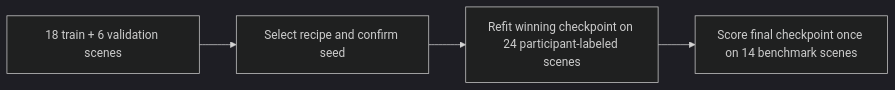
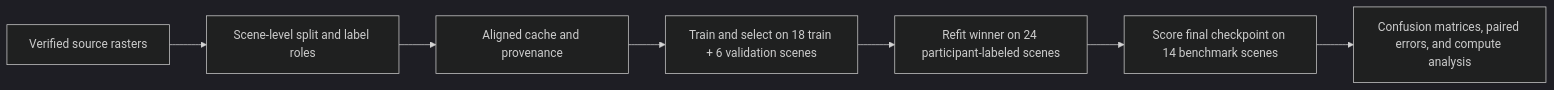
Before and after one commit to damminhtien/deepnet-for-semantic-labeling-photogrammetry: the diagram in README.md, drawn with Mermaid (dark theme). The commit also changed other lines of this file and 44 other files, not shown here.

````diff
--- a/README.md
+++ b/README.md
@@ -176,6 +44,9 @@
 ```mermaid
 flowchart LR
-    A[18 train + 6 validation scenes] --> B[Select recipe and confirm seed]
-    B --> C[Refit winning checkpoint on 24 participant-labeled scenes]
-    C --> D[Score final checkpoint once on 14 benchmark scenes]
+    A[Verified source rasters] --> B[Scene-level split and label roles]
+    B --> C[Aligned cache and provenance]
+    C --> D[Train and select on 18 train + 6 validation scenes]
+    D --> E[Refit winner on 24 participant-labeled scenes]
+    E --> F[Score final checkpoint on 14 benchmark scenes]
+    F --> G[Confusion matrices, paired errors, and compute analysis]
 ```
````
